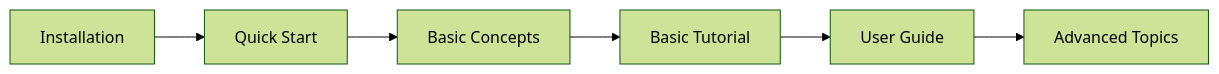
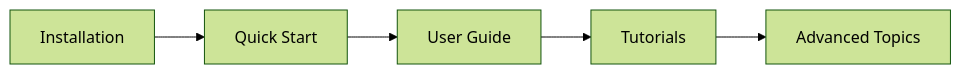
Before and after one commit to AIB100/PRISM-Tutorial: the diagram in docs/getting-started/index.md, drawn with Mermaid (forest theme). The commit also changed other lines of this file and 97 other files, not shown here.

````diff
--- a/docs/getting-started/index.md
+++ b/docs/getting-started/index.md
@@ -91,8 +40,7 @@
 ```mermaid
 graph LR
     A[Installation] --> B[Quick Start]
-    B --> C[Basic Concepts]
-    C --> D[Basic Tutorial]
-    D --> E[User Guide]
-    E --> F[Advanced Topics]
+    B --> C[User Guide]
+    C --> D[Tutorials]
+    D --> E[Advanced Topics]
 ```
````
